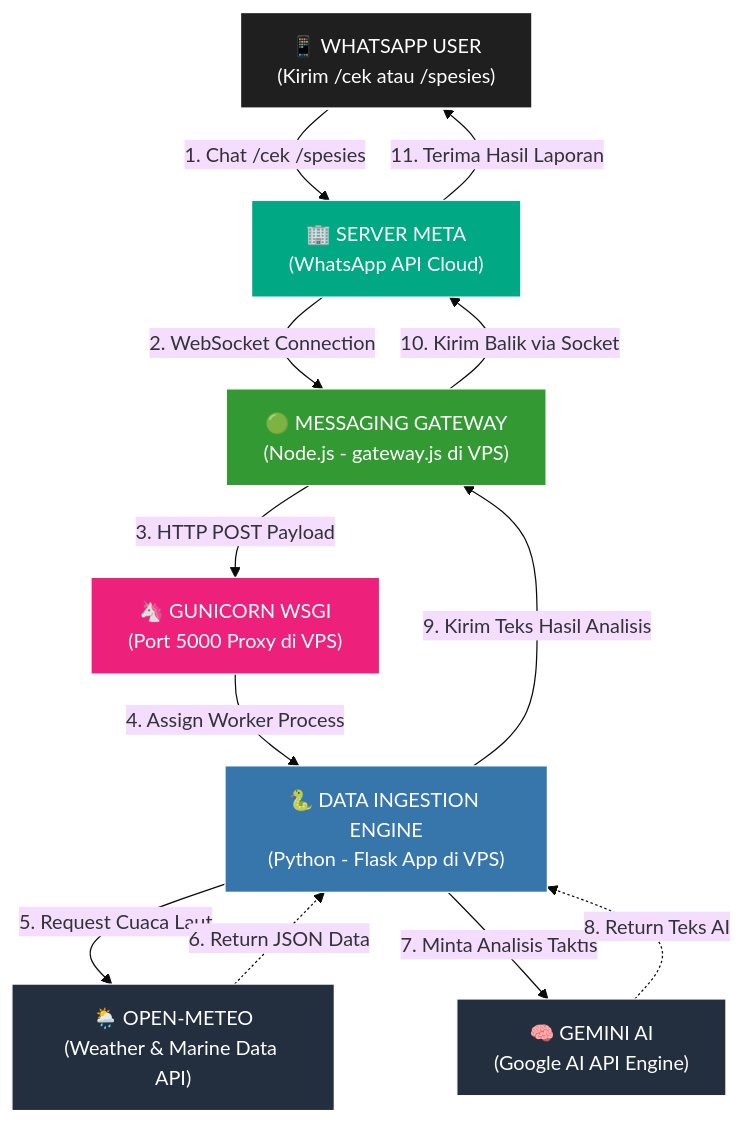
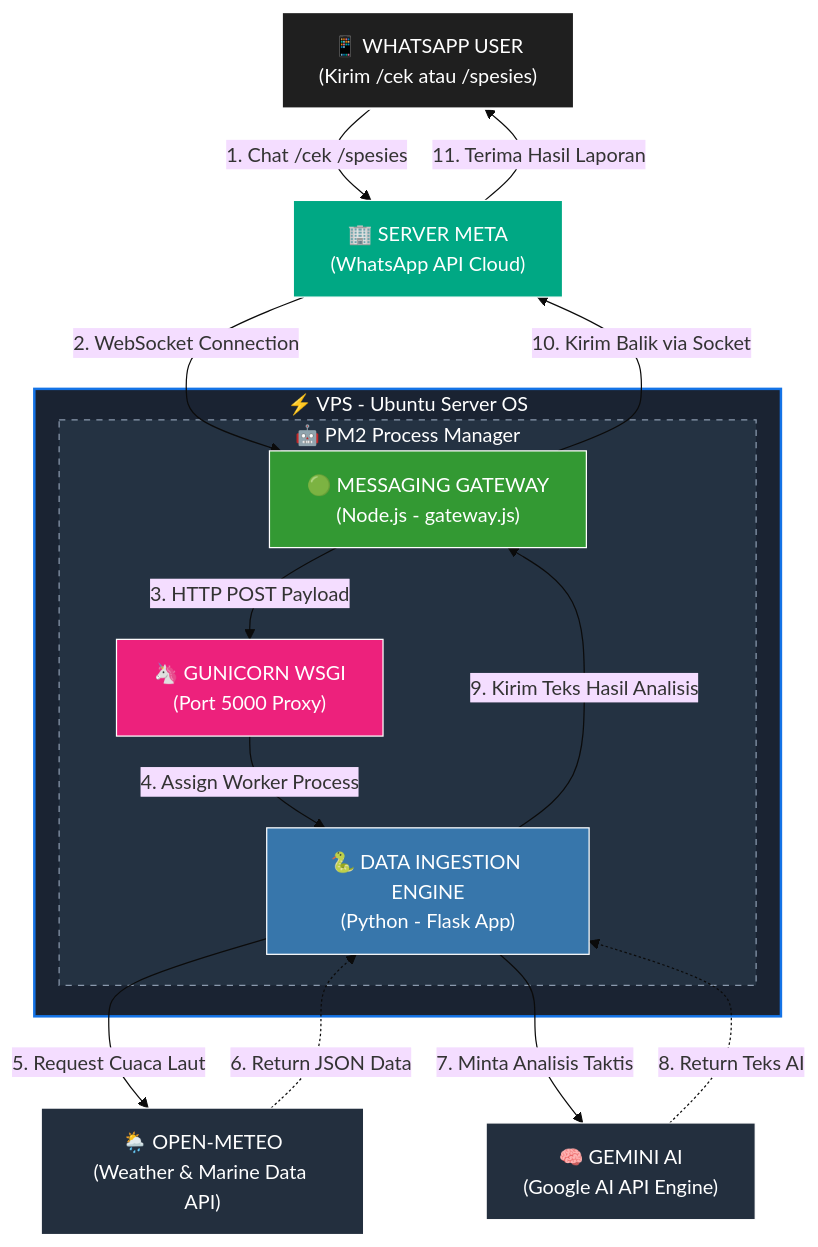
Before and after one commit to AdienDendra/architect-web: the diagram in content.id/projects/bot-fishing.md, drawn with Mermaid (base theme).

```diff
--- a/content.id/projects/bot-fishing.md
+++ b/content.id/projects/bot-fishing.md
@@ -60,38 +60,50 @@
 {{< mermaid >}}
 
 graph TD
-    %% Define Styles (Tema Dark Mode Portofolio)
+    %% Define Styles
     classDef user fill:#1f1f1f,stroke:#fff,stroke-width:2px,color:#fff;
     classDef meta fill:#00a884,stroke:#fff,stroke-width:1px,color:#fff;
     classDef nodejs fill:#339933,stroke:#fff,stroke-width:1px,color:#fff;
     classDef guni fill:#ed217c,stroke:#fff,stroke-width:1px,color:#fff;
     classDef python fill:#3776AB,stroke:#fff,stroke-width:1px,color:#fff;
     classDef external fill:#232F3E,stroke:#fff,stroke-width:1px,color:#fff;
 
-    %% --- SUSUNAN NODE LURUS SATU KOLOM ---
+    %% --- OUTSIDE VPS (ATAS) ---
     User["📱 WHATSAPP USER<br>(Kirim /cek atau /spesies)"]:::user
     Meta["🏢 SERVER META<br>(WhatsApp API Cloud)"]:::meta
-    NodeApp["🟢 MESSAGING GATEWAY<br>(Node.js - gateway.js di VPS)"]:::nodejs
-    GuniMaster["🦄 GUNICORN WSGI<br>(Port 5000 Proxy di VPS)"]:::guni
-    MainPy["🐍 DATA INGESTION ENGINE<br>(Python - Flask App di VPS)"]:::python
+
+    %% --- NESTED SUBGRAPH: VPS & PM2 (TENGAH) ---
+    subgraph VPS ["⚡ VPS - Ubuntu Server OS"]
+        subgraph PM2 ["🤖 PM2 Process Manager"]
+            NodeApp["🟢 MESSAGING GATEWAY<br>(Node.js - gateway.js)"]:::nodejs
+            GuniMaster["🦄 GUNICORN WSGI<br>(Port 5000 Proxy)"]:::guni
+            MainPy["🐍 DATA INGESTION ENGINE<br>(Python - Flask App)"]:::python
+        end
+    end
+
+    %% --- OUTSIDE VPS (BAWAH) ---
     BOM["🌦️ OPEN-METEO<br>(Weather & Marine Data API)"]:::external
     Gemini["🧠 GEMINI AI<br>(Google AI API Engine)"]:::external
 
-    %% === FLOW ALUR MASUK (LURUS VERTIKAL KE BAWAH) ===
+    %% === FLOW ALUR MASUK (DOWNWARD FLOW) ===
     User -->|1. Chat /cek /spesies| Meta
     Meta -->|2. WebSocket Connection| NodeApp
     NodeApp -->|3. HTTP POST Payload| GuniMaster
     GuniMaster -->|4. Assign Worker Process| MainPy
     
-    %% === INTERAKSI API DI LEVEL BAWAH ===
+    %% === INTERAKSI API INTERNAL / EKSTERNAL ===
     MainPy -->|5. Request Cuaca Laut| BOM
     BOM -.->|6. Return JSON Data| MainPy
     MainPy -->|7. Minta Analisis Taktis| Gemini
     Gemini -.->|8. Return Teks AI| MainPy
     
-    %% === FLOW ALUR KELUAR (LURUS KEMBALI NAIK KE ATAS) ===
+    %% === FLOW ALUR BALIK (UPWARD RETURN FLOW) ===
     MainPy -->|9. Kirim Teks Hasil Analisis| NodeApp
     NodeApp -->|10. Kirim Balik via Socket| Meta
     Meta -->|11. Terima Hasil Laporan| User
 
+    %% Style untuk Box Subgraph agar kontras dan clean
+    style VPS fill:#1a2332,stroke:#1473e6,stroke-width:2px,color:#fff
+    style PM2 fill:#243242,stroke:#8a99ad,stroke-width:1px,stroke-dasharray: 5 5,color:#fff
+
 {{< /mermaid >}}
```
